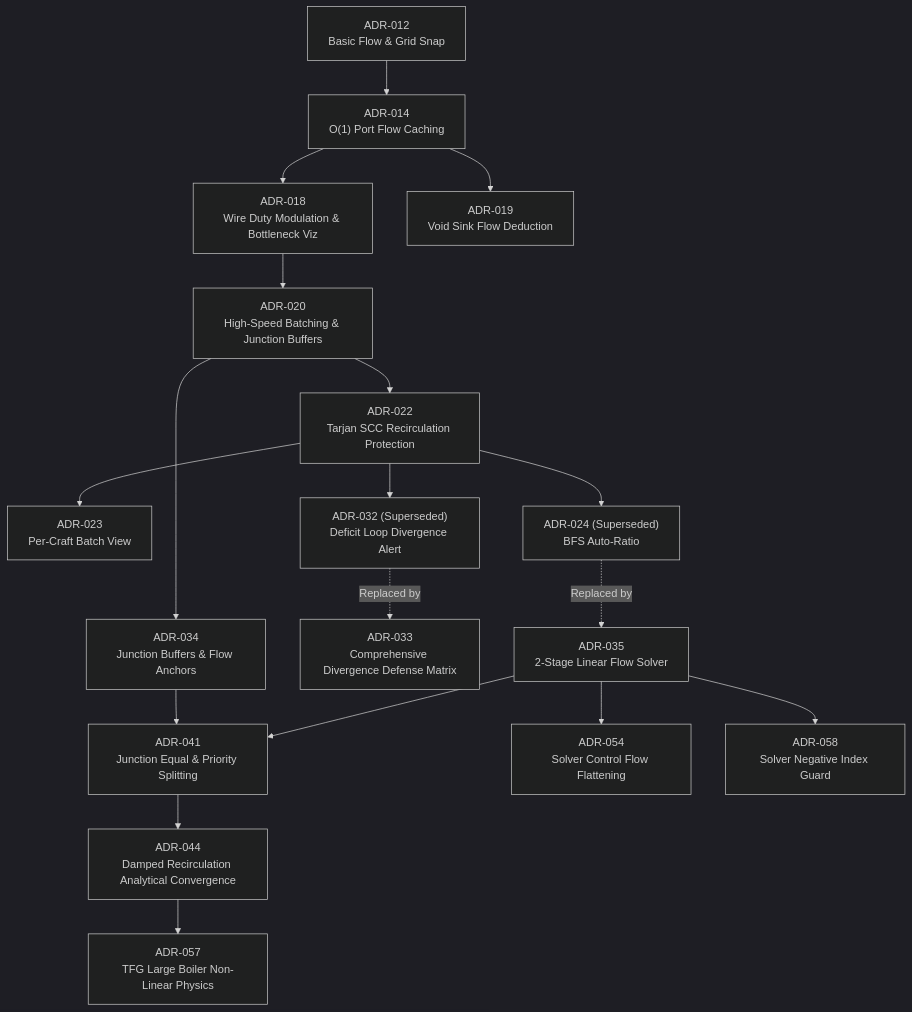
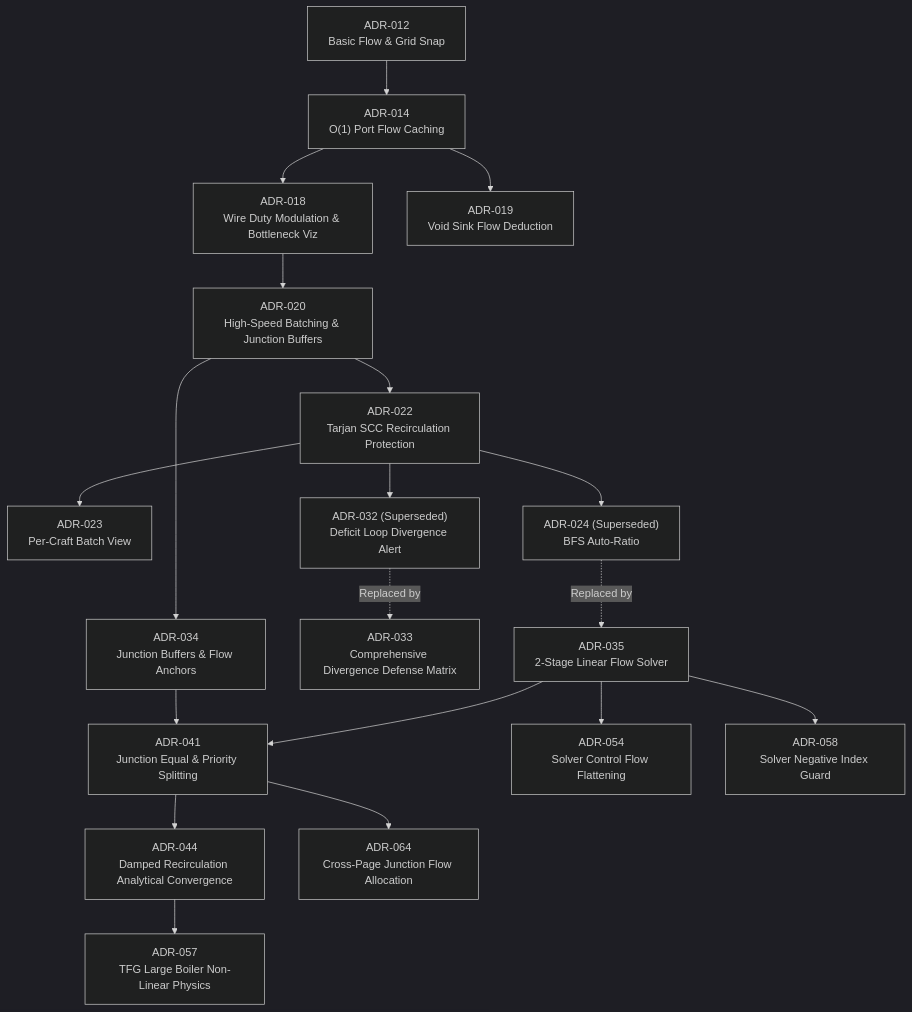
One commit to Amvermain/GregTechCalculatorBoard changed the second of 4 diagrams in docs/adr/README_EN.md. Above: the diagram before and after it, drawn with Mermaid (dark theme). The commit also changed other lines of this file and 212 other files, not shown here.

````diff
--- a/docs/adr/README_EN.md
+++ b/docs/adr/README_EN.md
@@ -37,20 +37,21 @@
 ```mermaid
 flowchart TD
     ADR012["ADR-012<br/>Basic Flow & Grid Snap"] --> ADR014["ADR-014<br/>O(1) Port Flow Caching"]
     ADR014 --> ADR018["ADR-018<br/>Wire Duty Modulation & Bottleneck Viz"]
     ADR014 --> ADR019["ADR-019<br/>Void Sink Flow Deduction"]
     ADR018 --> ADR020["ADR-020<br/>High-Speed Batching & Junction Buffers"]
     ADR020 --> ADR022["ADR-022<br/>Tarjan SCC Recirculation Protection"]
     ADR022 --> ADR023["ADR-023<br/>Per-Craft Batch View"]
     ADR022 --> ADR024["ADR-024 (Superseded)<br/>BFS Auto-Ratio"]
     ADR024 -.->|Replaced by| ADR035["ADR-035<br/>2-Stage Linear Flow Solver"]
     ADR022 --> ADR032["ADR-032 (Superseded)<br/>Deficit Loop Divergence Alert"]
     ADR032 -.->|Replaced by| ADR033["ADR-033<br/>Comprehensive Divergence Defense Matrix"]
     ADR020 --> ADR034["ADR-034<br/>Junction Buffers & Flow Anchors"]
     ADR035 --> ADR041["ADR-041<br/>Junction Equal & Priority Splitting"]
     ADR034 --> ADR041
     ADR041 --> ADR044["ADR-044<br/>Damped Recirculation Analytical Convergence"]
+    ADR041 --> ADR064["ADR-064<br/>Cross-Page Junction Flow Allocation"]
     ADR035 --> ADR054["ADR-054<br/>Solver Control Flow Flattening"]
     ADR044 --> ADR057["ADR-057<br/>TFG Large Boiler Non-Linear Physics"]
     ADR035 --> ADR058["ADR-058<br/>Solver Negative Index Guard"]
 ```
````
